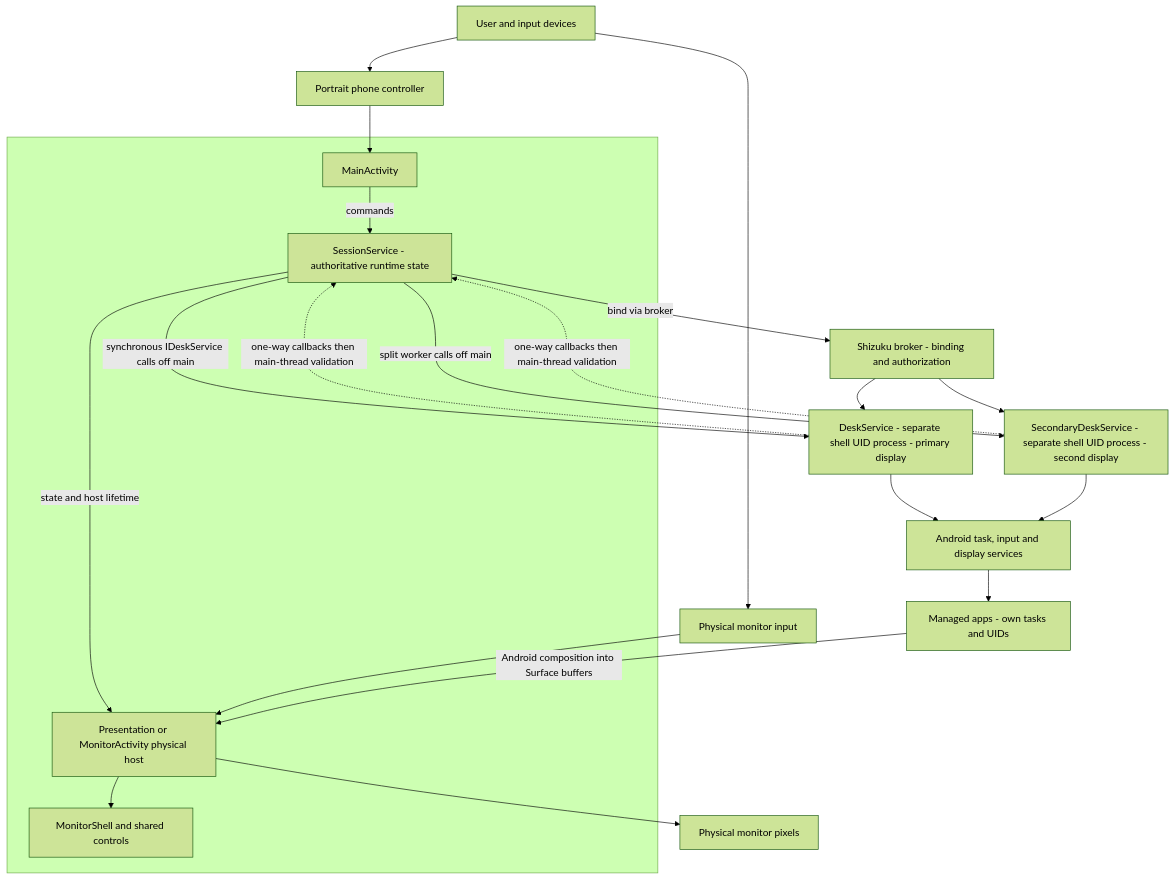
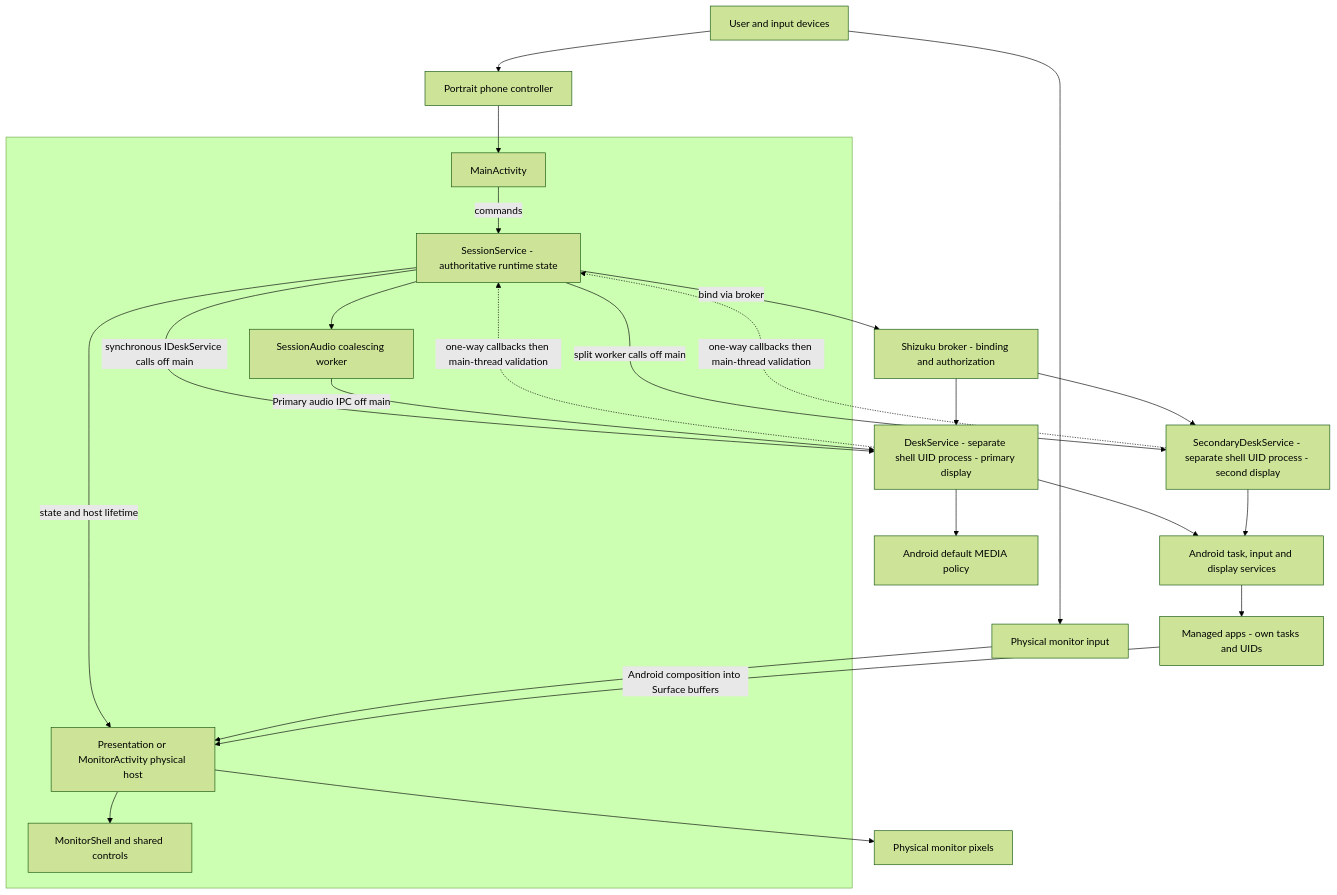
Before and after one commit to PhiLong-Ho/DexDroid: the first of 3 diagrams in docs/architecture/README.md, drawn with Mermaid (forest theme). The commit also changed other lines of this file and 46 other files, not shown here.

Commit message:
Add session media output controls and startup guidance

````diff
--- a/docs/architecture/README.md
+++ b/docs/architecture/README.md
@@ -17,32 +17,36 @@
 ```mermaid
 flowchart TB
     User[User and input devices] --> Phone[Portrait phone controller]
     User --> Physical[Physical monitor input]
     subgraph App[" "]
         Main[MainActivity]
         Session[SessionService - authoritative runtime state]
+        Audio[SessionAudio coalescing worker]
         Host[Presentation or MonitorActivity physical host]
         UI[MonitorShell and shared controls]
         Main -->|commands| Session
+        Session --> Audio
         Session -->|state and host lifetime| Host
         Host --> UI
     end
     Phone --> Main
     Physical --> Host
     Broker[Shizuku broker - binding and authorization]
     Primary[DeskService - separate shell UID process - primary display]
     Secondary[SecondaryDeskService - separate shell UID process - second display]
     Session -->|bind via broker| Broker
     Broker --> Primary
     Broker --> Secondary
     Session -->|synchronous IDeskService calls off main| Primary
     Session -->|split worker calls off main| Secondary
     Primary -.->|one-way callbacks then main-thread validation| Session
     Secondary -.->|one-way callbacks then main-thread validation| Session
     OS[Android task, input and display services]
+    Audio -->|Primary audio IPC off main| Primary
+    Primary --> Media[Android default MEDIA policy]
     Primary --> OS
     Secondary --> OS
     OS --> Managed[Managed apps - own tasks and UIDs]
     Managed -->|Android composition into Surface buffers| Host
     Host --> Output[Physical monitor pixels]
 ```
````
